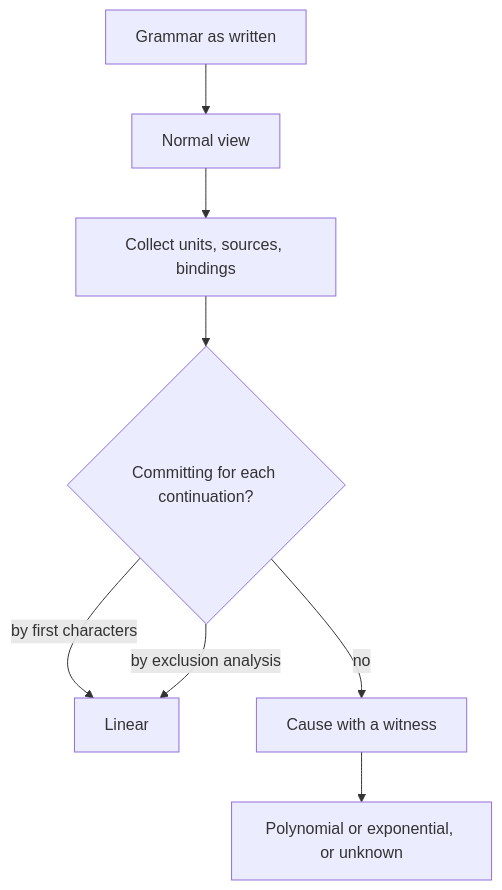
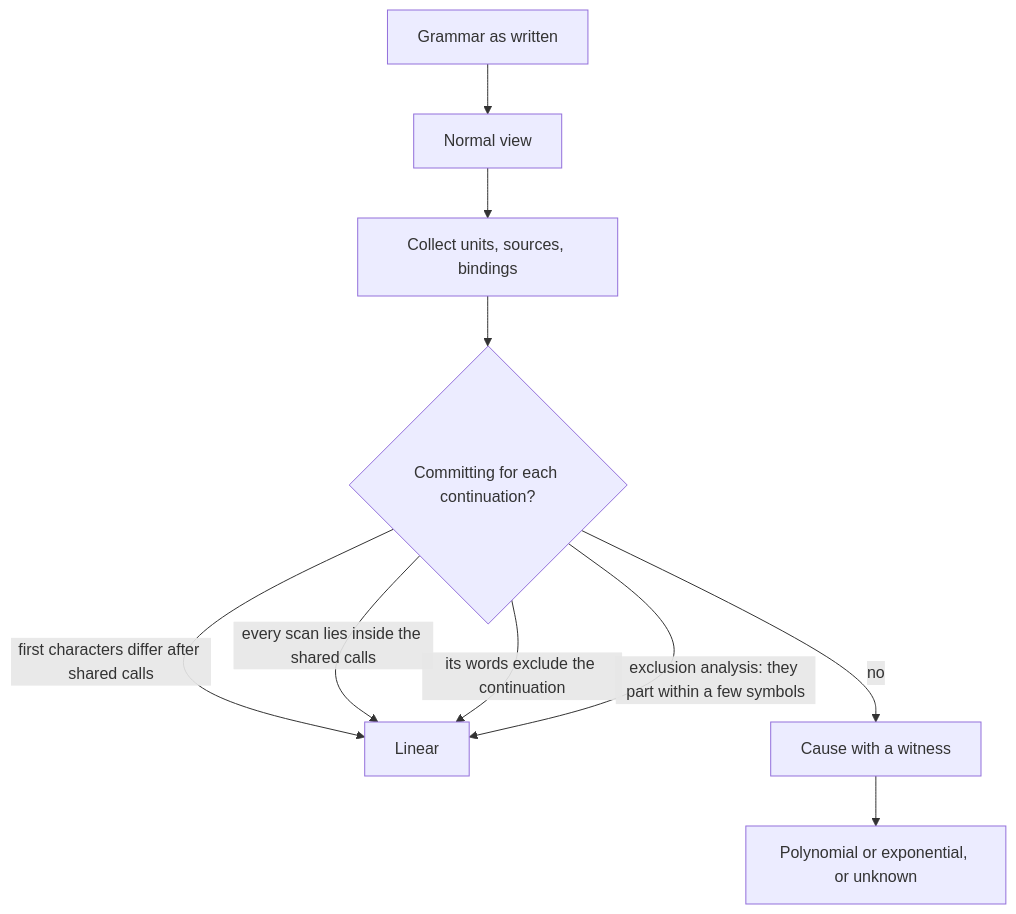
One commit to zeroparse/zp changed the diagram in docs/design/cost-analysis.md. Above: the diagram before and after it, drawn with Mermaid. The commit also changed other lines of this file, not shown here.

Commit message:
Show all four ways a unit commits in the cost analysis design
The design text and its flowchart named two ways a unit can be
committing for its continuation, first characters and the exclusion
analysis, while the classification commits a unit in four: first
characters that differ once shared calls are set aside, scans that lie
inside the shared calls, a leading word that excludes the continuation,
and the exclusion analysis. The text and the flowchart now list all
four.

Refs #103

````diff
--- a/docs/design/cost-analysis.md
+++ b/docs/design/cost-analysis.md
@@ -54,10 +57,12 @@
 ```mermaid
 flowchart TD
   G[Grammar as written] --> V[Normal view]
   V --> C[Collect units, sources, bindings]
   C --> K{Committing for each continuation?}
-  K -- by first characters --> OK[Linear]
-  K -- by exclusion analysis --> OK
+  K -- first characters differ after shared calls --> OK[Linear]
+  K -- every scan lies inside the shared calls --> OK
+  K -- its words exclude the continuation --> OK
+  K -- exclusion analysis: they part within a few symbols --> OK
   K -- no --> W[Cause with a witness]
   W --> P[Polynomial or exponential, or unknown]
 ```
````
